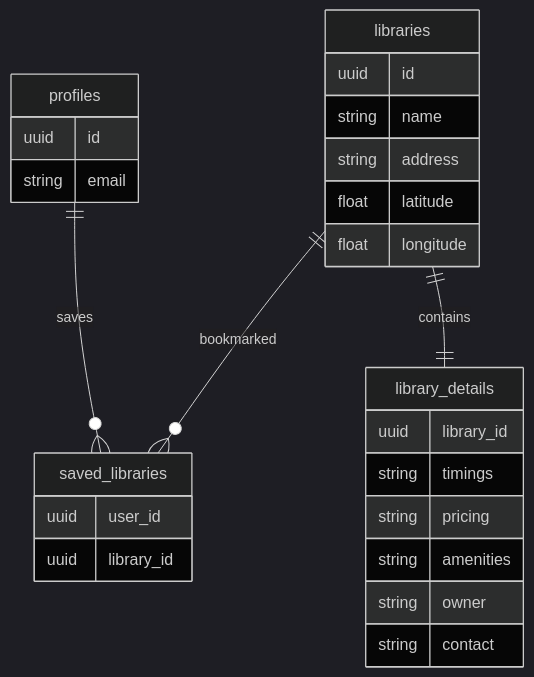
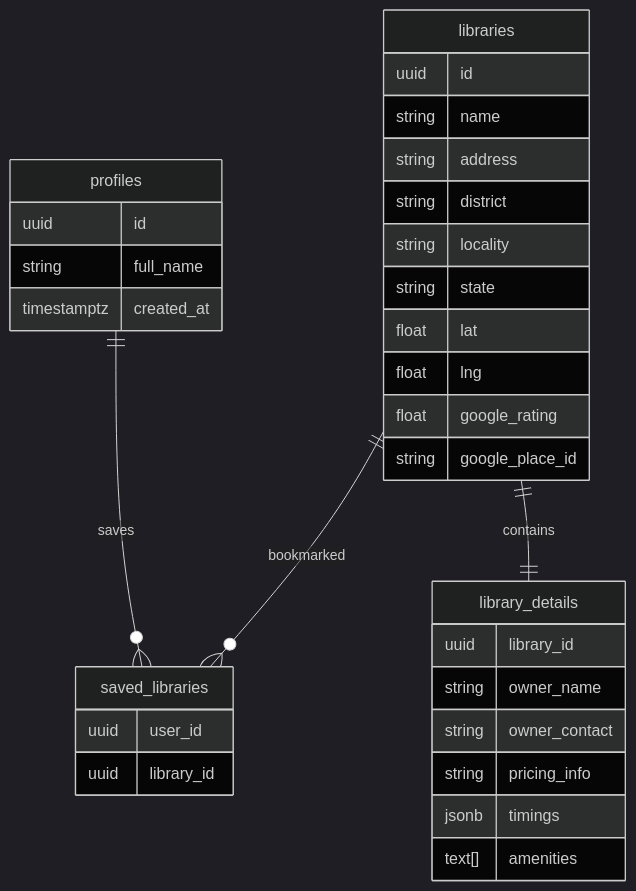
Before and after one commit to shubhitiwariiii/shelf-space: the diagram in README.md, drawn with Mermaid (dark theme). The commit also changed other lines of this file, not shown here.

First line of the commit message:
"Update README: correct tech stack (Leaflet not Google Maps, Next.js 16), accurate roadmap with all completed features checked, add engineering highlights and folder structure"

````diff
--- a/README.md
+++ b/README.md
@@ -141,34 +137,40 @@
 ```mermaid
 erDiagram
 
 profiles ||--o{ saved_libraries : saves
 libraries ||--o{ saved_libraries : bookmarked
 libraries ||--|| library_details : contains
 
 profiles {
-uuid id
-string email
+  uuid id
+  string full_name
+  timestamptz created_at
 }
 
 libraries {
-uuid id
-string name
-string address
-float latitude
-float longitude
+  uuid id
+  string name
+  string address
+  string district
+  string locality
+  string state
+  float lat
+  float lng
+  float google_rating
+  string google_place_id
 }
 
 library_details {
-uuid library_id
-string timings
-string pricing
-string amenities
-string owner
-string contact
+  uuid library_id
+  string owner_name
+  string owner_contact
+  string pricing_info
+  jsonb timings
+  text[] amenities
 }
 
 saved_libraries {
-uuid user_id
-uuid library_id
+  uuid user_id
+  uuid library_id
 }
 ```
````
